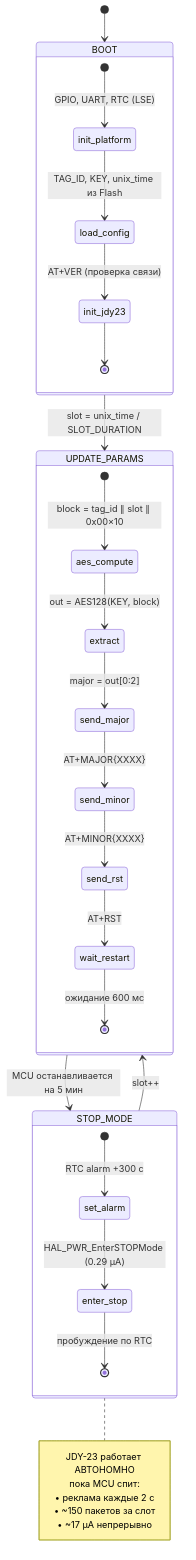
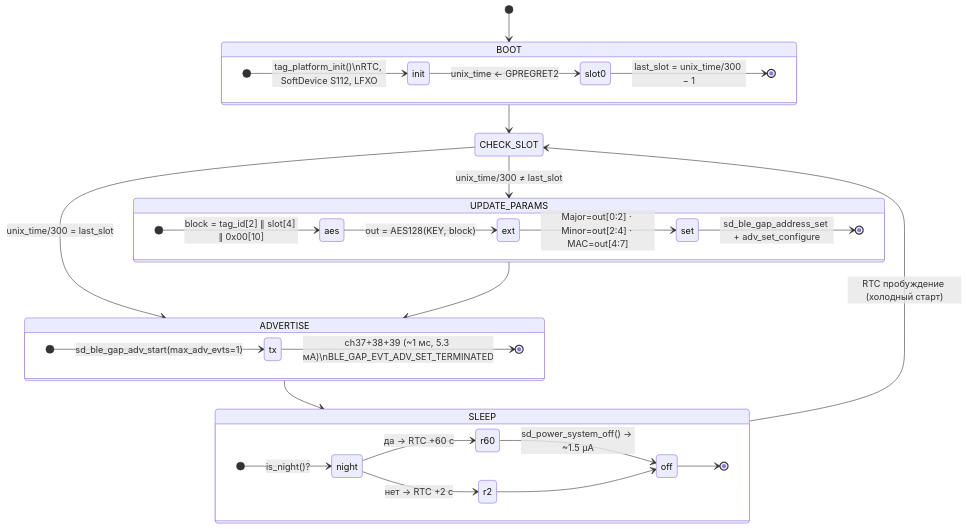
Before and after one commit to sayr777/dynamic-iBeacon: the first of 3 diagrams in docs/interaction-diagram.md, drawn with Mermaid. The commit also changed other lines of this file and 3 other files, not shown here.

First line of the commit message:
Add protocol.md and cost.md, update interaction diagrams for nRF52832

````diff
--- a/docs/interaction-diagram.md
+++ b/docs/interaction-diagram.md
@@ -5,46 +10,48 @@
 ```mermaid
 stateDiagram-v2
     direction TB
 
     [*] --> BOOT
 
     state BOOT {
-        direction TB
-        [*] --> init_platform : GPIO, UART, RTC (LSE)
-        init_platform --> load_config : TAG_ID, KEY, unix_time из Flash
-        load_config --> init_jdy23 : AT+VER (проверка связи)
-        init_jdy23 --> [*]
+        direction LR
+        [*] --> init : tag_platform_init()\nRTC, SoftDevice S112, LFXO
+        init --> slot0 : unix_time ← GPREGRET2
+        slot0 --> [*] : last_slot = unix_time/300 − 1
     }
 
-    BOOT --> UPDATE_PARAMS : slot = unix_time / SLOT_DURATION
+    BOOT --> CHECK_SLOT
+
+    CHECK_SLOT --> UPDATE_PARAMS : unix_time/300 ≠ last_slot
+    CHECK_SLOT --> ADVERTISE    : unix_time/300 = last_slot
 
     state UPDATE_PARAMS {
-        direction TB
-        [*] --> aes_compute : block = tag_id ∥ slot ∥ 0x00×10
-        aes_compute --> extract : out = AES128(KEY, block)
-        extract --> send_major : major = out[0:2]
-        send_major --> send_minor : AT+MAJOR{XXXX}
-        send_minor --> send_rst : AT+MINOR{XXXX}
-        send_rst --> wait_restart : AT+RST
-        wait_restart --> [*] : ожидание 600 мс
+        direction LR
+        [*] --> aes    : block = tag_id[2] ∥ slot[4] ∥ 0x00[10]
+        aes    --> ext : out = AES128(KEY, block)
+        ext    --> set : Major=out[0:2] · Minor=out[2:4] · MAC=out[4:7]
+        set    --> [*] : sd_ble_gap_address_set + adv_set_configure
     }
 
-    UPDATE_PARAMS --> STOP_MODE : MCU останавливается на 5 мин
+    UPDATE_PARAMS --> ADVERTISE
 
-    state STOP_MODE {
-        direction TB
-        [*] --> set_alarm : RTC alarm +300 с
-        set_alarm --> enter_stop : HAL_PWR_EnterSTOPMode (0.29 µА)
-        enter_stop --> [*] : пробуждение по RTC
+    state ADVERTISE {
+        direction LR
+        [*] --> tx   : sd_ble_gap_adv_start(max_adv_evts=1)
+        tx   --> [*] : ch37+38+39 (~1 мс, 5.3 мА)\nBLE_GAP_EVT_ADV_SET_TERMINATED
     }
 
-    STOP_MODE --> UPDATE_PARAMS : slot++
+    ADVERTISE --> SLEEP
 
-    note right of STOP_MODE
-        JDY-23 работает АВТОНОМНО
-        пока MCU спит:
-        • реклама каждые 2 с
-        • ~150 пакетов за слот
-        • ~17 µА непрерывно
-    end note
+    state SLEEP {
+        direction LR
+        [*] --> night : is_night()?
+        night --> r60 : да → RTC +60 с
+        night --> r2  : нет → RTC +2 с
+        r60   --> off : sd_power_system_off() → ~1.5 µА
+        r2    --> off
+        off   --> [*]
+    }
+
+    SLEEP --> CHECK_SLOT : RTC пробуждение (холодный старт)
 ```
````
